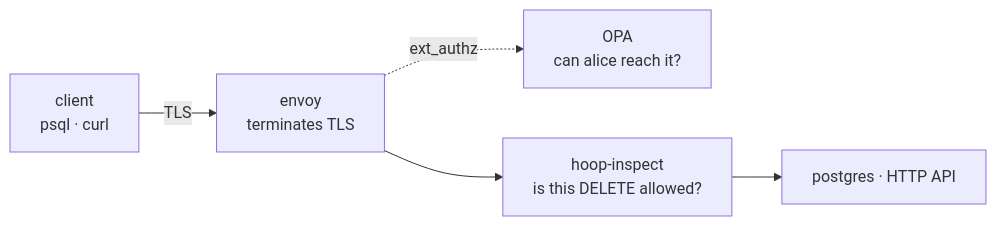
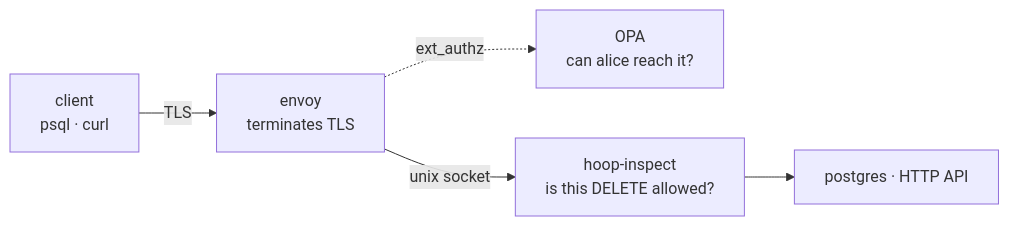
The diagram in setup/configuration/hoop-inspect/get-started.mdx (hoophq/documentation), drawn with Mermaid before and after one commit. The commit also changed other lines of this file and 2 other files, not shown here.

````diff
--- a/setup/configuration/hoop-inspect/get-started.mdx
+++ b/setup/configuration/hoop-inspect/get-started.mdx
@@ -10,7 +10,7 @@
 ```mermaid
 flowchart LR
     C["client<br/>psql · curl"] -->|TLS| E["envoy<br/>terminates TLS"]
     E -.->|ext_authz| O["OPA<br/>can alice reach it?"]
-    E --> H["hoop-inspect<br/>is this DELETE allowed?"]
+    E -->|unix socket| H["hoop-inspect<br/>is this DELETE allowed?"]
     H --> U["postgres · HTTP API"]
 ```
````
